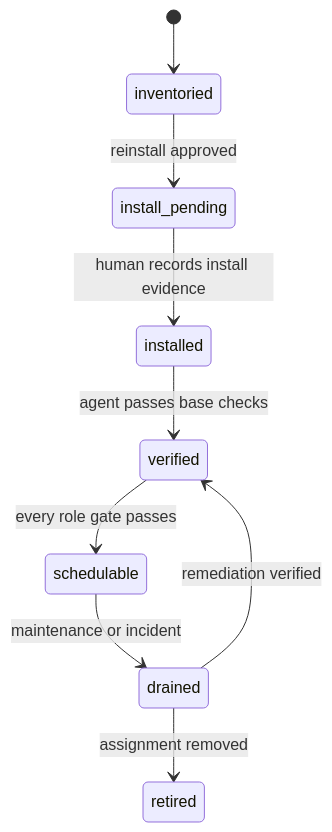
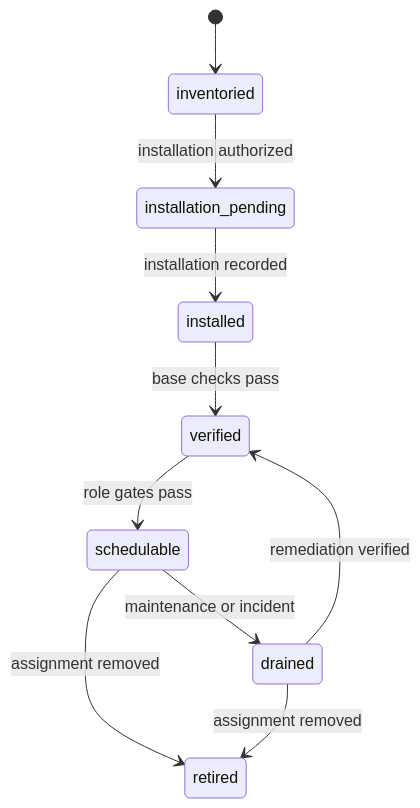
One commit to Kitkitkittt/heterogeneous-compute-fabric changed the diagram in docs/architecture.md. Above: the diagram before and after it, drawn with Mermaid. The commit also changed other lines of this file and 72 other files, not shown here.

````diff
--- a/docs/architecture.md
+++ b/docs/architecture.md
@@ -67,11 +56,12 @@
 ```mermaid
 stateDiagram-v2
     [*] --> inventoried
-    inventoried --> install_pending: reinstall approved
-    install_pending --> installed: human records install evidence
-    installed --> verified: agent passes base checks
-    verified --> schedulable: every role gate passes
+    inventoried --> installation_pending: installation authorized
+    installation_pending --> installed: installation recorded
+    installed --> verified: base checks pass
+    verified --> schedulable: role gates pass
     schedulable --> drained: maintenance or incident
+    schedulable --> retired: assignment removed
     drained --> verified: remediation verified
     drained --> retired: assignment removed
 ```
````
